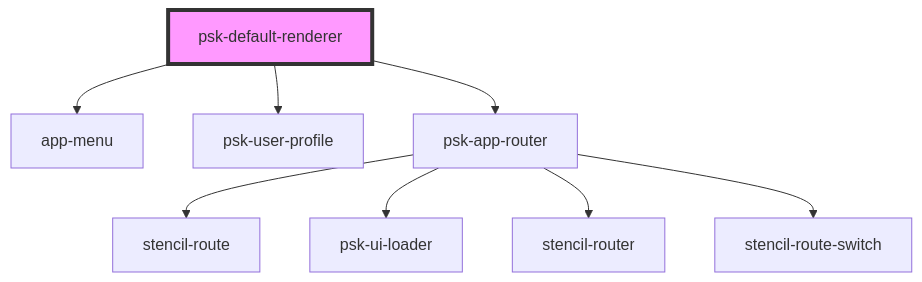
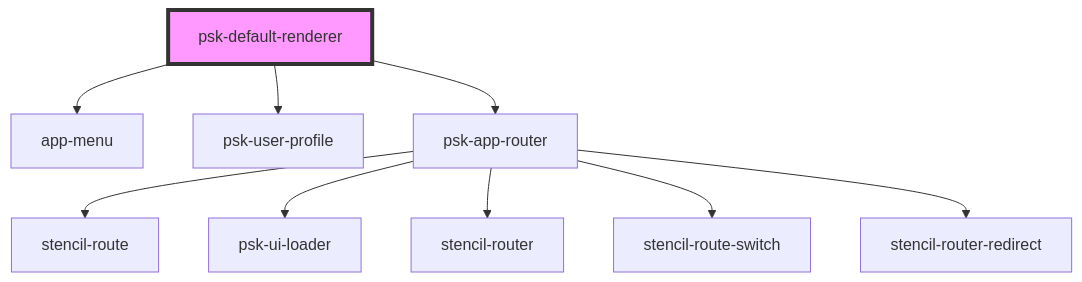
Before and after one commit to daniel-visoiu/cardinal: the diagram in src/components/renderers/app-root-renders/readme.md, drawn with Mermaid. The commit also changed 8 other files, not shown here.

````diff
--- a/src/components/renderers/app-root-renders/readme.md
+++ b/src/components/renderers/app-root-renders/readme.md
@@ -24,11 +24,12 @@
 ```mermaid
 graph TD;
   psk-default-renderer --> app-menu
   psk-default-renderer --> psk-user-profile
   psk-default-renderer --> psk-app-router
   psk-app-router --> stencil-route
   psk-app-router --> psk-ui-loader
   psk-app-router --> stencil-router
   psk-app-router --> stencil-route-switch
+  psk-app-router --> stencil-router-redirect
   style psk-default-renderer fill:#f9f,stroke:#333,stroke-width:4px
 ```
````
